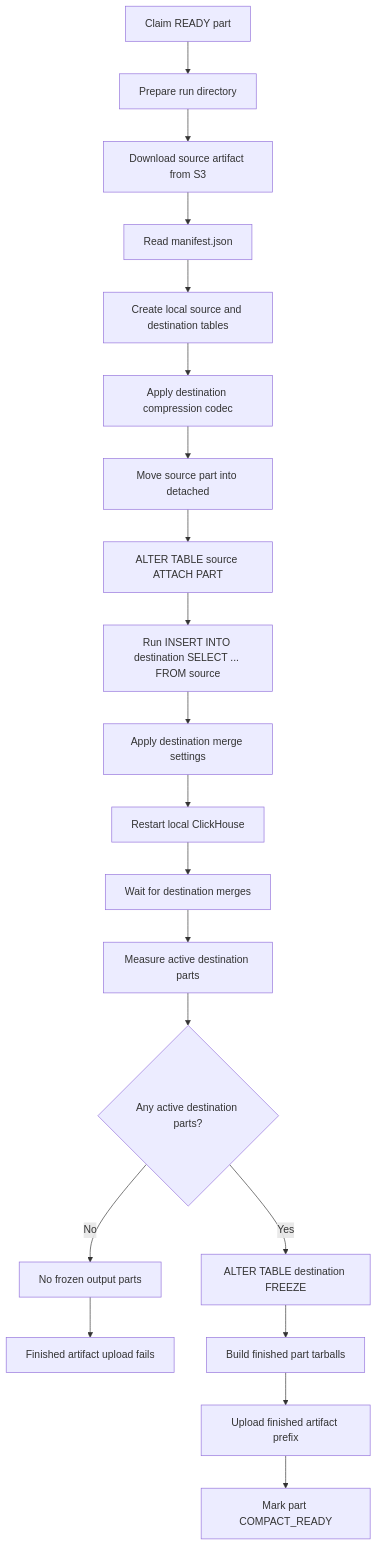
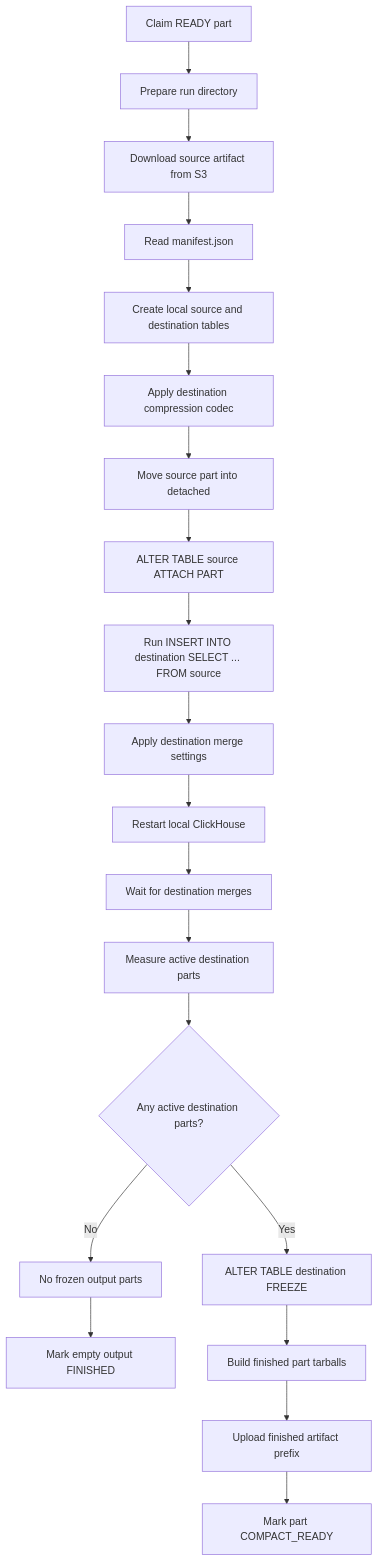
One commit to PostHog/partforge changed the second of 3 diagrams in docs/rewrite-flow.md. Above: the diagram before and after it, drawn with Mermaid. The commit also changed other lines of this file and 11 other files, not shown here.

````diff
--- a/docs/rewrite-flow.md
+++ b/docs/rewrite-flow.md
@@ -40,22 +40,22 @@
 ```mermaid
 graph TD
     A[Claim READY part] --> B[Prepare run directory]
     B --> C[Download source artifact from S3]
     C --> D[Read manifest.json]
     D --> E[Create local source and destination tables]
     E --> F[Apply destination compression codec]
     F --> G[Move source part into detached]
     G --> H[ALTER TABLE source ATTACH PART]
     H --> I[Run INSERT INTO destination SELECT ... FROM source]
     I --> J[Apply destination merge settings]
     J --> K[Restart local ClickHouse]
     K --> L[Wait for destination merges]
     L --> P[Measure active destination parts]
     P --> Q{Any active destination parts?}
     Q -- No --> R[No frozen output parts]
-    R --> W[Finished artifact upload fails]
+    R --> W[Mark empty output FINISHED]
     Q -- Yes --> S[ALTER TABLE destination FREEZE]
     S --> T[Build finished part tarballs]
     T --> U[Upload finished artifact prefix]
     U --> V[Mark part COMPACT_READY]
 ```
````
